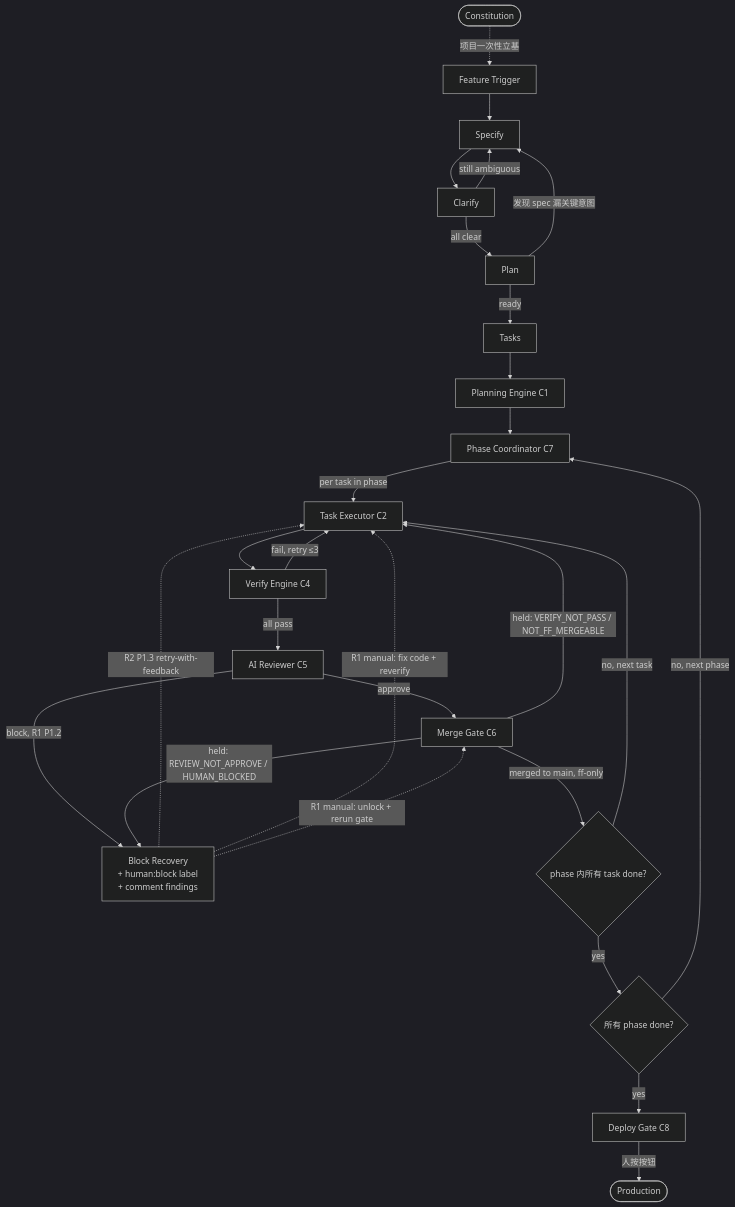
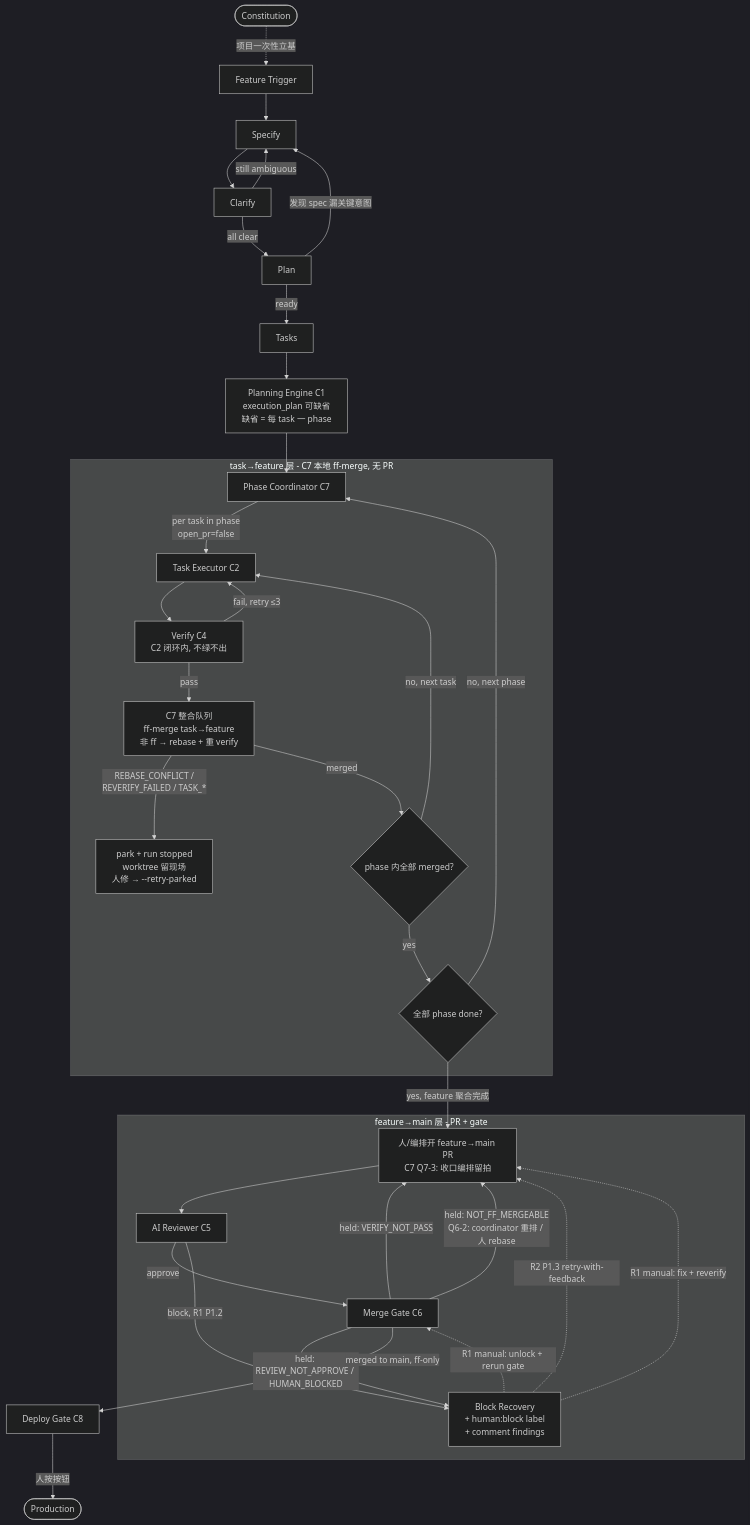
The second of 5 diagrams in docs/sdd/workflows.md (chinaszzt/suiyin-v4), drawn with Mermaid (dark theme) before and after one commit. The commit also changed other lines of this file and 4 other files, not shown here.

First line of the commit message:
docs(c7-cascade): sy-tasks 两档边界规则 + 主流程图两级 merge 重绘 + r3 dogfood 纪录

````diff
--- a/docs/sdd/workflows.md
+++ b/docs/sdd/workflows.md
@@ -36,29 +39,41 @@
 ```mermaid
 flowchart TD
     A([Constitution]) -.->|项目一次性立基| B
     B[Feature Trigger] --> C[Specify]
     C --> D[Clarify]
     D -->|still ambiguous| C
     D -->|all clear| E[Plan]
     E -->|发现 spec 漏关键意图| C
     E -->|ready| F[Tasks]
-    F --> G[Planning Engine C1]
+    F --> G[Planning Engine C1<br/>execution_plan 可缺省<br/>缺省 = 每 task 一 phase]
     G --> H[Phase Coordinator C7]
-    H -->|per task in phase| I[Task Executor C2]
-    I --> J[Verify Engine C4]
-    J -->|fail, retry ≤3| I
-    J -->|all pass| K[AI Reviewer C5]
-    K -->|approve| L[Merge Gate C6]
-    K -->|block, R1 P1.2| BR[Block Recovery<br/>+ human:block label<br/>+ comment findings]
-    BR -.->|R2 P1.3 retry-with-feedback| I
-    BR -.->|R1 manual: fix code + reverify| I
-    BR -.->|R1 manual: unlock + rerun gate| L
-    L -->|merged to main, ff-only| M{phase 内所有 task done?}
-    L -->|held: VERIFY_NOT_PASS / NOT_FF_MERGEABLE| I
-    L -->|held: REVIEW_NOT_APPROVE / HUMAN_BLOCKED| BR
-    M -->|no, next task| I
-    M -->|yes| N{所有 phase done?}
-    N -->|no, next phase| H
-    N -->|yes| O[Deploy Gate C8]
+
+    subgraph TF[task→feature 层 - C7 本地 ff-merge, 无 PR]
+        H -->|per task in phase<br/>open_pr=false| I[Task Executor C2]
+        I --> J[Verify C4<br/>C2 闭环内, 不绿不出]
+        J -->|fail, retry ≤3| I
+        J -->|pass| K[C7 整合队列<br/>ff-merge task→feature<br/>非 ff → rebase + 重 verify]
+        K -->|REBASE_CONFLICT /<br/>REVERIFY_FAILED / TASK_*| PK[park + run stopped<br/>worktree 留现场<br/>人修 → --retry-parked]
+        K -->|merged| M{phase 内全部 merged?}
+        M -->|no, next task| I
+        M -->|yes| N{全部 phase done?}
+        N -->|no, next phase| H
+    end
+
+    N -->|yes, feature 聚合完成| FB[人/编排开 feature→main PR<br/>C7 Q7-3: 收口编排留拍]
+
+    subgraph FM[feature→main 层 - PR + gate]
+        FB --> K5[AI Reviewer C5]
+        K5 -->|approve| L[Merge Gate C6]
+        K5 -->|block, R1 P1.2| BR[Block Recovery<br/>+ human:block label<br/>+ comment findings]
+        BR -.->|R2 P1.3 retry-with-feedback| FB
+        BR -.->|R1 manual: fix + reverify| FB
+        BR -.->|R1 manual: unlock + rerun gate| L
+        L -->|held: VERIFY_NOT_PASS| FB
+        L -->|held: NOT_FF_MERGEABLE<br/>Q6-2: coordinator 重排 / 人 rebase| FB
+        L -->|held: REVIEW_NOT_APPROVE / HUMAN_BLOCKED| BR
+    end
+
+    L -->|merged to main, ff-only| O[Deploy Gate C8]
     O -->|人按按钮| P([Production])
 ```
````
